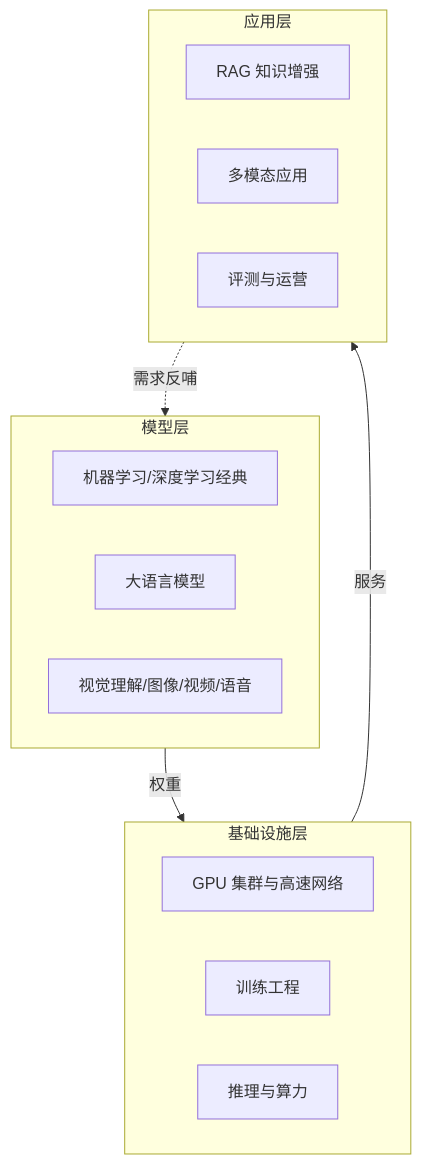
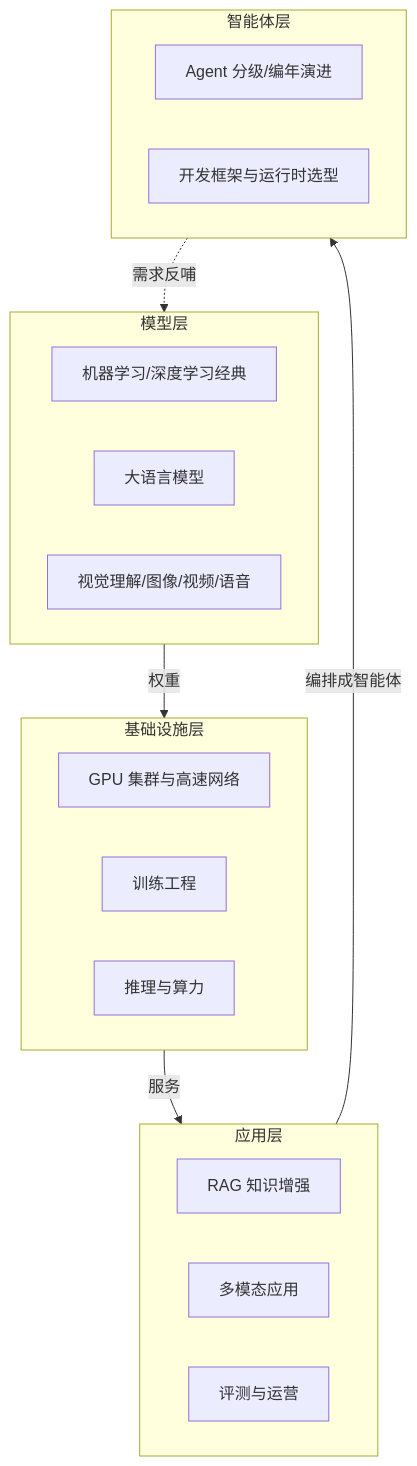
The diagram in docs/ai/index.md (shuifans/cloud-ai-knowledge-base), drawn with Mermaid before and after one commit. The commit also changed other lines of this file and 64 other files, not shown here.

````diff
--- a/docs/ai/index.md
+++ b/docs/ai/index.md
@@ -12,20 +12,25 @@
 ```mermaid
 flowchart TB
   subgraph 模型层
     M1[机器学习/深度学习经典]
     M2[大语言模型]
     M3[视觉理解/图像/视频/语音]
   end
   subgraph 基础设施层
     I1[GPU 集群与高速网络]
     I2[训练工程]
     I3[推理与算力]
   end
   subgraph 应用层
     A1[RAG 知识增强]
     A2[多模态应用]
     A3[评测与运营]
   end
+  subgraph 智能体层
+    G1[Agent 分级/编年演进]
+    G2[开发框架与运行时选型]
+  end
   模型层 -->|权重| 基础设施层 -->|服务| 应用层
-  应用层 -.需求反哺.-> 模型层
+  应用层 -->|编排成智能体| 智能体层
+  智能体层 -.需求反哺.-> 模型层
 ```
````
